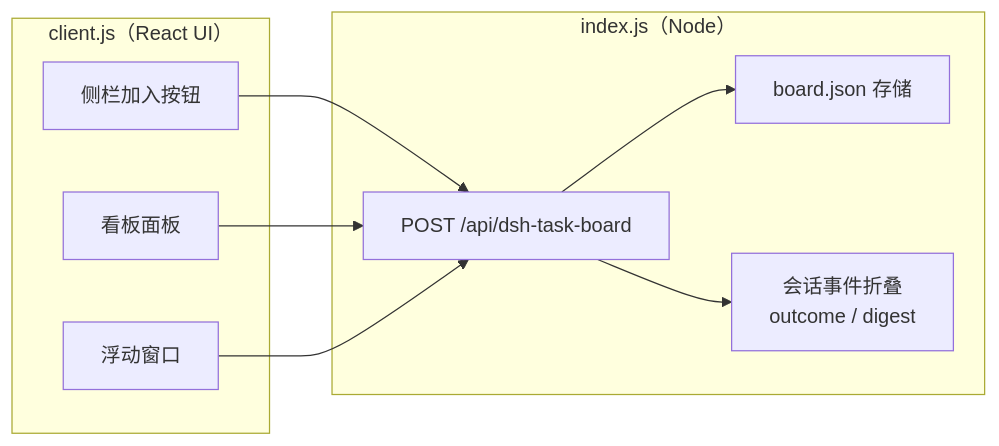
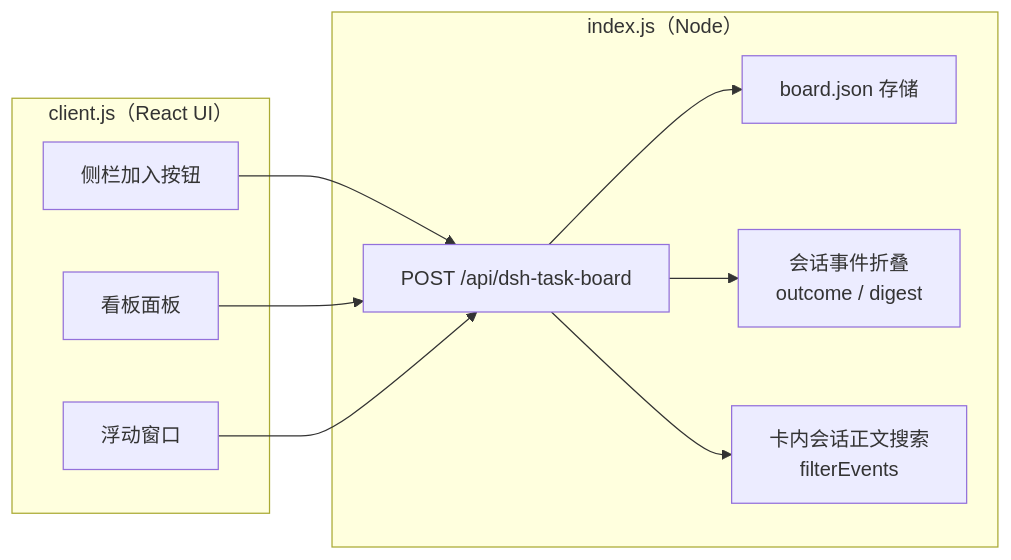
One commit to MWGE22629/dsh-task-board changed the diagram in README.md. Above: the diagram before and after it, drawn with Mermaid. The commit also changed other lines of this file and 3 other files, not shown here.

````diff
--- a/README.md
+++ b/README.md
@@ -139,18 +155,20 @@
 ```mermaid
 flowchart LR
   subgraph Client["client.js（React UI）"]
     Board["看板面板"]
     Win["浮动窗口"]
     Card["侧栏加入按钮"]
   end
   subgraph Host["index.js（Node）"]
     RPC["POST /api/dsh-task-board"]
     Store["board.json 存储"]
     Fold["会话事件折叠<br/>outcome / digest"]
+    Search["卡内会话正文搜索<br/>filterEvents"]
   end
   Card --> RPC
   Board --> RPC
   Win --> RPC
   RPC --> Store
   RPC --> Fold
+  RPC --> Search
 ```
````
